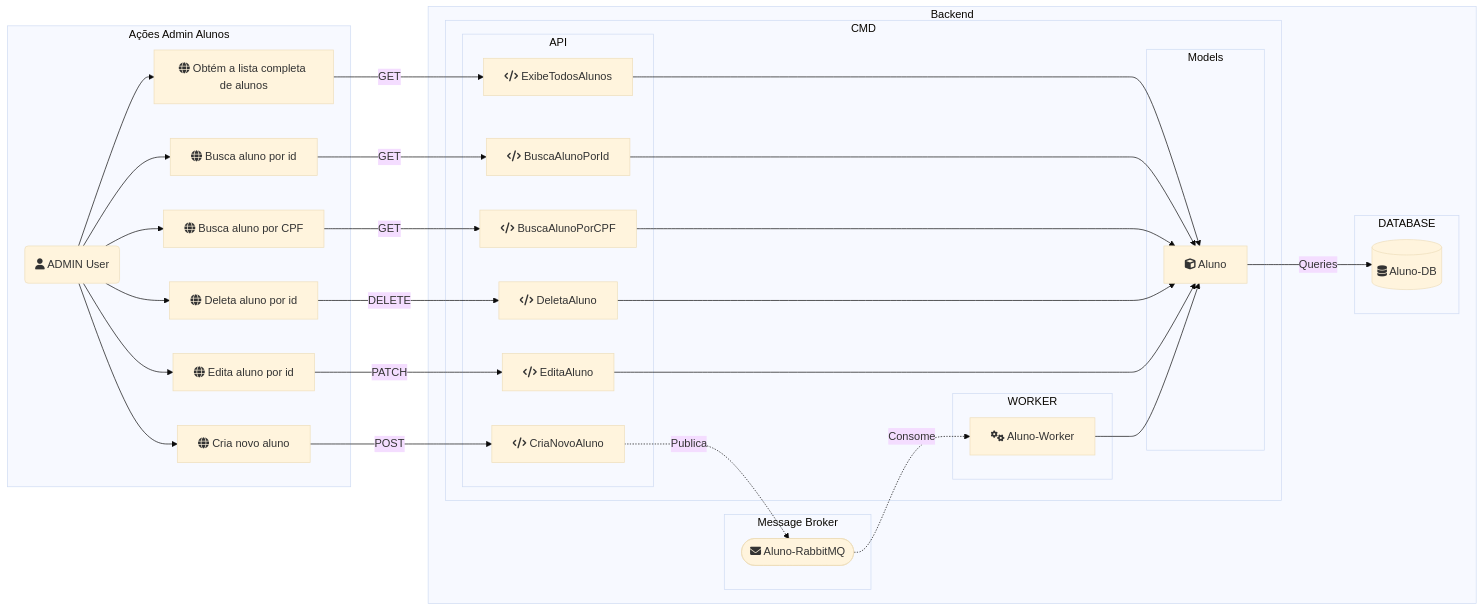
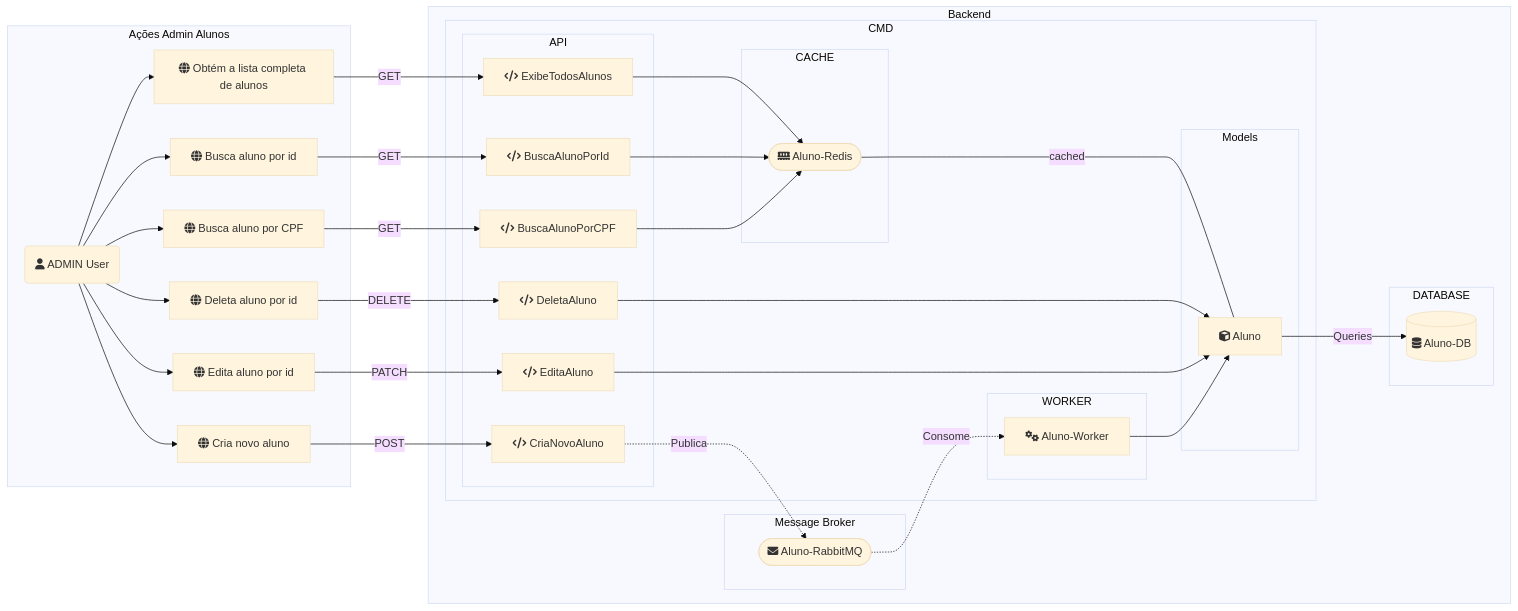
The first of 2 diagrams in README.md (jtonynet/api-gin-rest), drawn with Mermaid (base theme) before and after one commit. The commit also changed other lines of this file and 9 other files, not shown here.

````diff
--- a/README.md
+++ b/README.md
@@ -175,70 +176,74 @@
 ```mermaid
 graph LR
   subgraph Ações Admin Alunos
     A(fa:fa-user ADMIN User)
     B["fa:fa-globe Cria novo aluno"]
     C["fa:fa-globe Obtém a lista completa de alunos"]
     D["fa:fa-globe Busca aluno por id"]
     E["fa:fa-globe Deleta aluno por id"]
     F["fa:fa-globe Edita aluno por id"]
     G["fa:fa-globe Busca aluno por CPF"]
   end
 
   subgraph Backend 
     subgraph Message Broker
-        RabbitMQ(["fa:fa-envelope Aluno-RabbitMQ"])
+        RabbitMQ(["fa:fa-envelope  Aluno-RabbitMQ"])
     end
 
     subgraph CMD
       subgraph WORKER
-        Worker["fa:fa-gears Aluno-Worker"]
+        Worker["fa:fa-gears  Aluno-Worker"]
       end
 
       subgraph API
         CriaNovoAluno["fa:fa-code CriaNovoAluno"]
         ExibeTodosAlunos["fa:fa-code ExibeTodosAlunos"]
         BuscaAlunoPorId["fa:fa-code BuscaAlunoPorId"]
         DeletaAluno["fa:fa-code DeletaAluno"]
         EditaAluno["fa:fa-code EditaAluno"]
         BuscaAlunoPorCPF["fa:fa-code BuscaAlunoPorCPF"]
       end
+
+      subgraph CACHE
+        Aluno-Redis(["fa:fa-memory Aluno-Redis"])
+      end 
 
       subgraph Models
         Aluno["fa:fa-cube Aluno"]
       end
     end
 
     subgraph DATABASE
       Aluno-DB[("fa:fa-database Aluno-DB")]
     end 
    
   end
 
   A --> B
   A --> C
   A --> D
   A --> E
   A --> F
   A --> G
 
   C -->|GET| ExibeTodosAlunos
   D -->|GET| BuscaAlunoPorId
   E -->|DELETE| DeletaAluno
   F -->|PATCH| EditaAluno
   G -->|GET| BuscaAlunoPorCPF
 
-  ExibeTodosAlunos --> Aluno
-  BuscaAlunoPorId --> Aluno
-  BuscaAlunoPorCPF --> Aluno
+  ExibeTodosAlunos --> Aluno-Redis
+  BuscaAlunoPorId --> Aluno-Redis
+  BuscaAlunoPorCPF --> Aluno-Redis
+  Aluno-Redis ---|cached| Aluno
   DeletaAluno --> Aluno
   EditaAluno --> Aluno
 
   Aluno -->|Queries| Aluno-DB
   B -->|POST| CriaNovoAluno
 
   CriaNovoAluno -.->|Publica| RabbitMQ
   RabbitMQ -.->|Consome| Worker
 
   Worker --> Aluno
-
 ```
````
